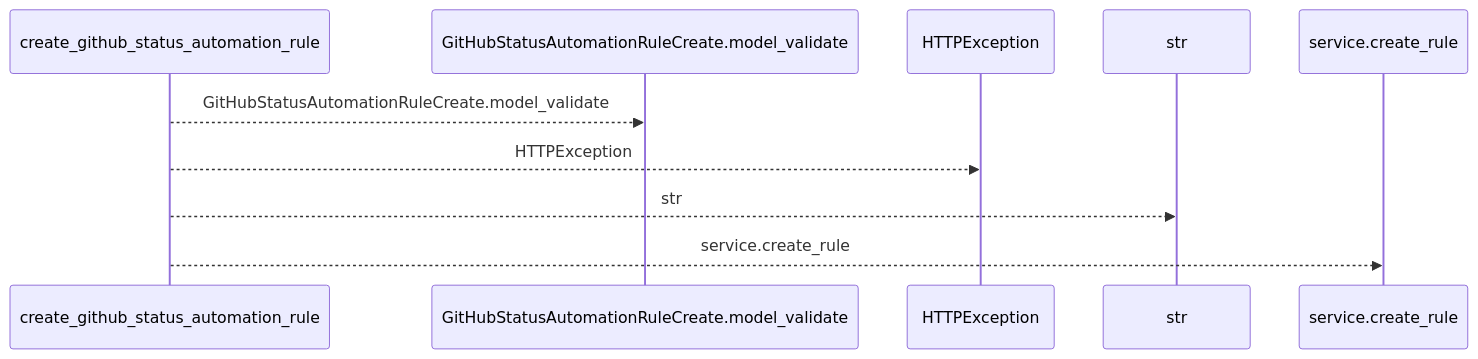
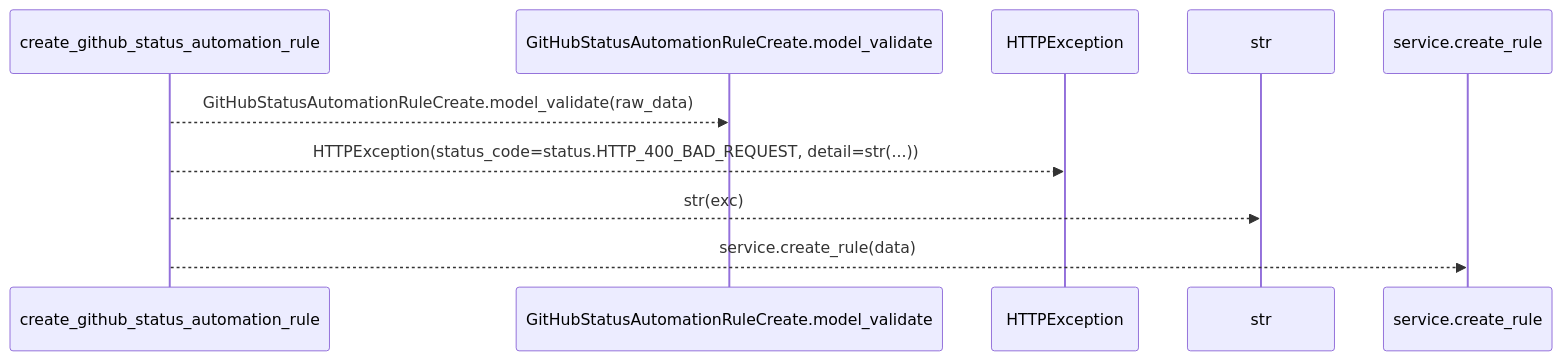
The first of 2 diagrams in docs/llm_wiki/flows/http-create_github_status_automation_rule.md (Denissvgn/WorkChord), drawn with Mermaid before and after one commit. The commit also changed other lines of this file and 25171 other files, not shown here.

````diff
--- a/docs/llm_wiki/flows/http-create_github_status_automation_rule.md
+++ b/docs/llm_wiki/flows/http-create_github_status_automation_rule.md
@@ -10,12 +12,12 @@
 ```mermaid
 sequenceDiagram
     participant p0 as create_github_status_automation_rule
     participant p1 as GitHubStatusAutomationRuleCreate.model_validate
     participant p2 as HTTPException
     participant p3 as str
     participant p4 as service.create_rule
-    p0-->>p1: GitHubStatusAutomationRuleCreate.model_validate
-    p0-->>p2: HTTPException
-    p0-->>p3: str
-    p0-->>p4: service.create_rule
+    p0-->>p1: GitHubStatusAutomationRuleCreate.model_validate(raw_data)
+    p0-->>p2: HTTPException(status_code=status.HTTP_400_BAD_REQUEST, detail=str(...))
+    p0-->>p3: str(exc)
+    p0-->>p4: service.create_rule(data)
 ```
````
